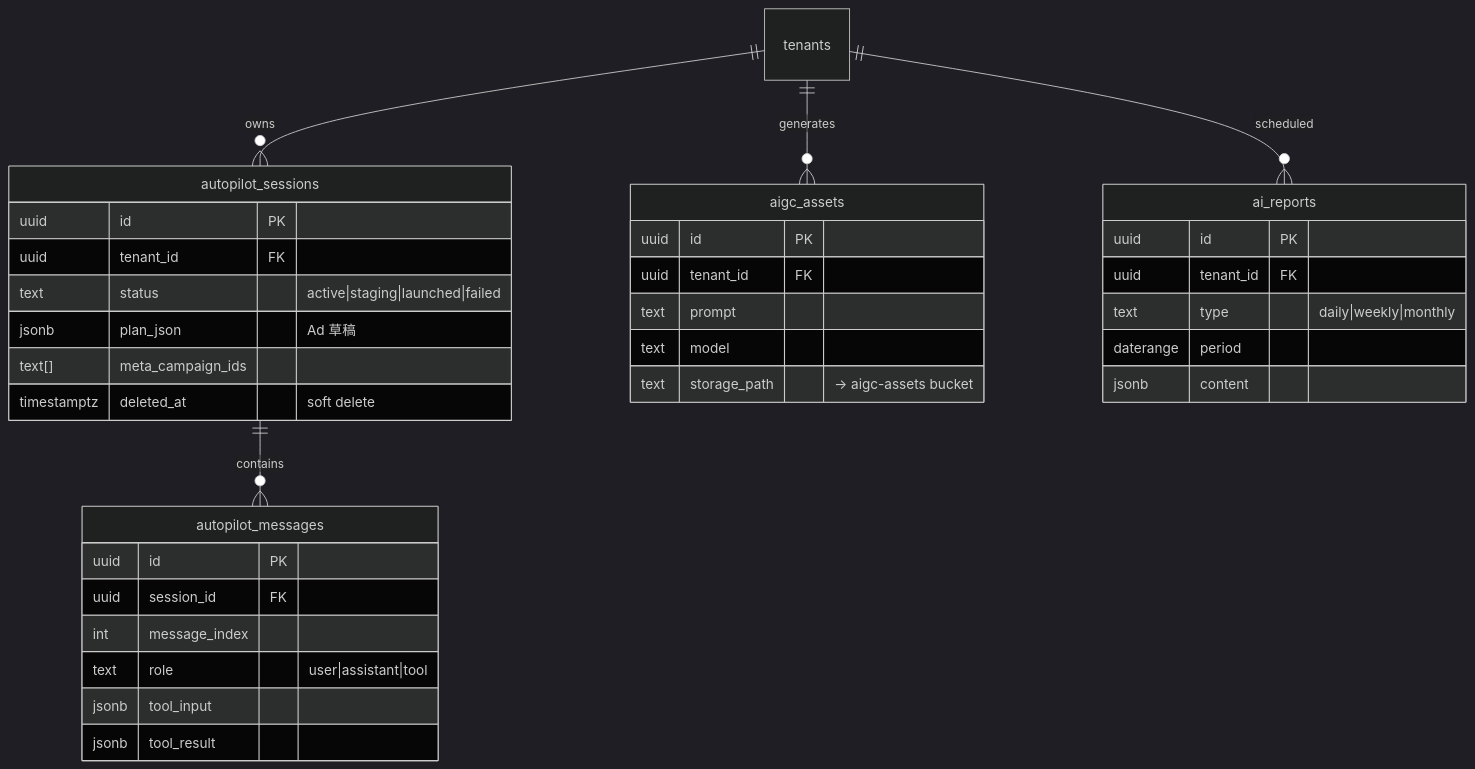
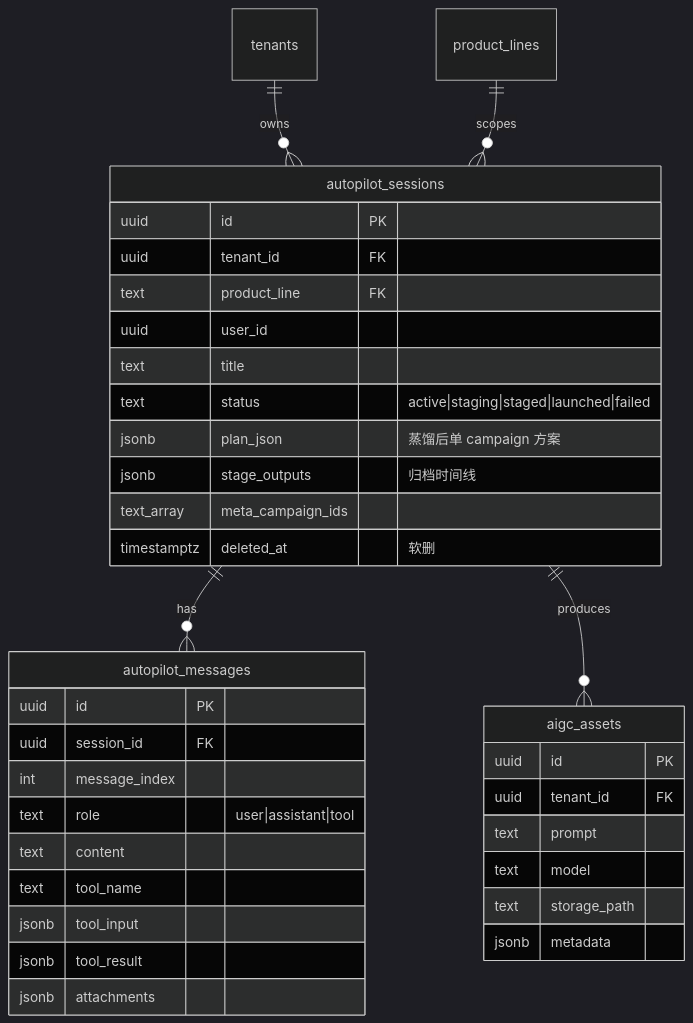
Before and after one commit to Sciiaok/xuqiu-bot: the tenth of 11 diagrams in README.md, drawn with Mermaid (dark theme). The commit also changed other lines of this file and 8 other files, not shown here.

````diff
--- a/README.md
+++ b/README.md
@@ -448,38 +748,39 @@
 ```mermaid
 erDiagram
-  tenants ||--o{ autopilot_sessions : "owns"
-  autopilot_sessions ||--o{ autopilot_messages : "contains"
-  tenants ||--o{ aigc_assets : "generates"
-  tenants ||--o{ ai_reports : "scheduled"
+    tenants ||--o{ autopilot_sessions : owns
+    autopilot_sessions ||--o{ autopilot_messages : has
+    autopilot_sessions ||--o{ aigc_assets : produces
+    product_lines ||--o{ autopilot_sessions : scopes
 
-  autopilot_sessions {
-    uuid id PK
-    uuid tenant_id FK
-    text status "active|staging|launched|failed"
-    jsonb plan_json "Ad 草稿"
-    text[] meta_campaign_ids
-    timestamptz deleted_at "soft delete"
-  }
-  autopilot_messages {
-    uuid id PK
-    uuid session_id FK
-    int message_index
-    text role "user|assistant|tool"
-    jsonb tool_input
-    jsonb tool_result
-  }
-  aigc_assets {
-    uuid id PK
-    uuid tenant_id FK
-    text prompt
-    text model
-    text storage_path "→ aigc-assets bucket"
-  }
-  ai_reports {
-    uuid id PK
-    uuid tenant_id FK
-    text type "daily|weekly|monthly"
-    daterange period
-    jsonb content
-  }
+    autopilot_sessions {
+        uuid id PK
+        uuid tenant_id FK
+        text product_line FK
+        uuid user_id
+        text title
+        text status "active|staging|staged|launched|failed"
+        jsonb plan_json "蒸馏后单 campaign 方案"
+        jsonb stage_outputs "归档时间线"
+        text_array meta_campaign_ids
+        timestamptz deleted_at "软删"
+    }
+    autopilot_messages {
+        uuid id PK
+        uuid session_id FK
+        int message_index
+        text role "user|assistant|tool"
+        text content
+        text tool_name
+        jsonb tool_input
+        jsonb tool_result
+        jsonb attachments
+    }
+    aigc_assets {
+        uuid id PK
+        uuid tenant_id FK
+        text prompt
+        text model
+        text storage_path
+        jsonb metadata
+    }
 ```
````
